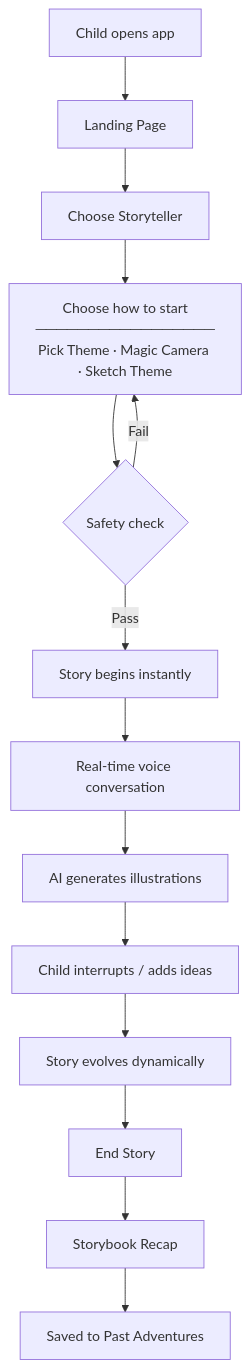
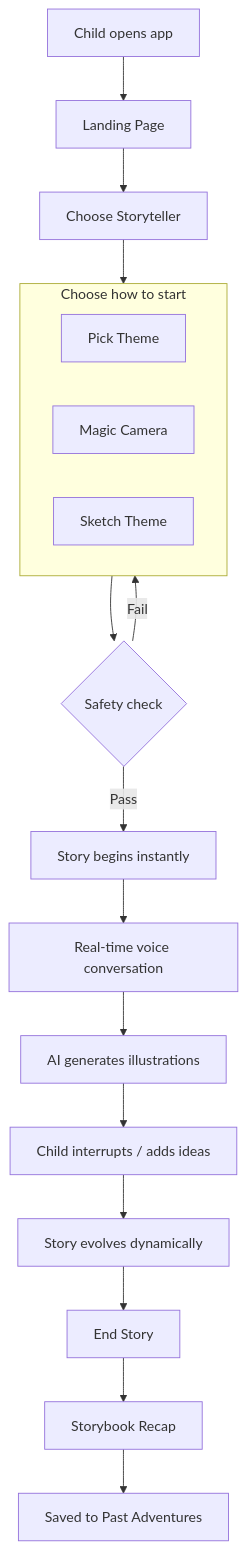
One commit to padmanabhan-r/TaleWeaver changed the diagram in README.md. Above: the diagram before and after it, drawn with Mermaid.

Commit message:
docs: use mermaid subgraph for theme modes in flowchart

````diff
--- a/README.md
+++ b/README.md
@@ -188,16 +188,23 @@
 ```mermaid
 flowchart TD
     A[Child opens app] --> B[Landing Page]
     B --> C[Choose Storyteller]
-    C --> D["Choose how to start\n─────────────────\nPick Theme · Magic Camera · Sketch Theme"]
-    D --> SC{Safety check}
+    C --> subE
+
+    subgraph subE[Choose how to start]
+        E[Pick Theme]
+        F[Magic Camera]
+        G[Sketch Theme]
+    end
+
+    subE --> SC{Safety check}
     SC -->|Pass| H[Story begins instantly]
-    SC -->|Fail| D
+    SC -->|Fail| subE
     H --> I[Real-time voice conversation]
     I --> J[AI generates illustrations]
     J --> K[Child interrupts / adds ideas]
     K --> L[Story evolves dynamically]
     L --> M[End Story]
     M --> N[Storybook Recap]
     N --> O[Saved to Past Adventures]
 ```
````
